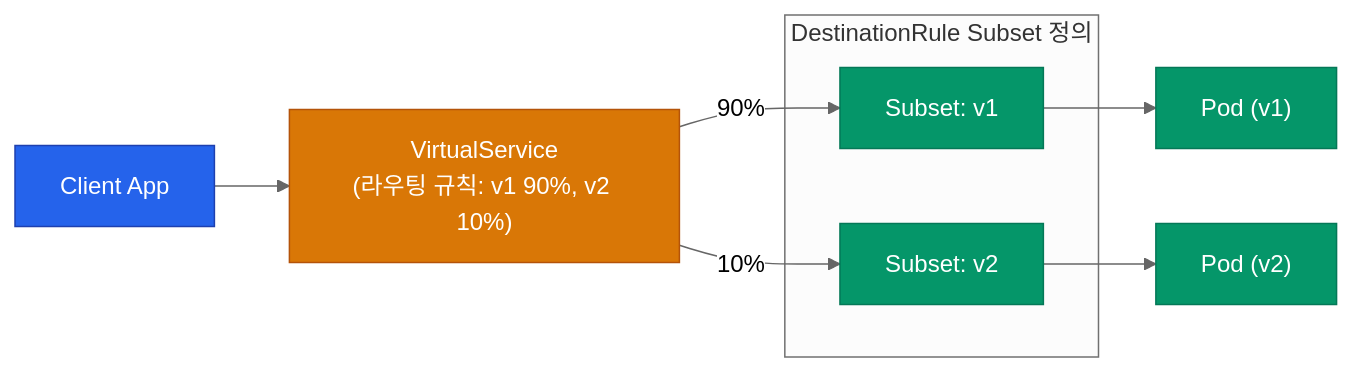
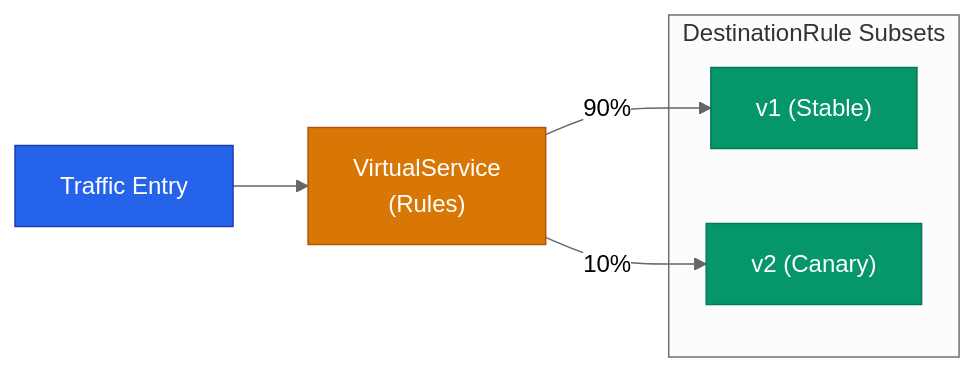
One commit to No1Joon/No1Joon.github.io changed the diagram in _posts/container-orchestration/2026-04-20-service-mesh-02-traffic.md. Above: the diagram before and after it, drawn with Mermaid (neutral theme). The commit also changed other lines of this file and 15 other files, not shown here.

````diff
--- a/_posts/container-orchestration/2026-04-20-service-mesh-02-traffic.md
+++ b/_posts/container-orchestration/2026-04-20-service-mesh-02-traffic.md
@@ -22,23 +18,22 @@
 ```mermaid
 flowchart LR
-    APP["Client App"] --> VS["VirtualService<br/>(라우팅 규칙: v1 90%, v2 10%)"]
+    Ingress["Traffic Entry"]
+    VS["VirtualService<br/>(Rules)"]
     
-    subgraph subset [DestinationRule Subset 정의]
-        S_V1["Subset: v1"]
-        S_V2["Subset: v2"]
+    subgraph DR [DestinationRule Subsets]
+        V1["v1 (Stable)"]
+        V2["v2 (Canary)"]
     end
-    
-    VS -->|"90%"| S_V1
-    VS -->|"10%"| S_V2
-    
-    S_V1 --> POD_V1["Pod (v1)"]
-    S_V2 --> POD_V2["Pod (v2)"]
+
+    Ingress --> VS
+    VS -->|"90%"| V1
+    VS -->|"10%"| V2
 
     classDef primary fill:#2563eb,stroke:#1e40af,color:#ffffff
     classDef success fill:#059669,stroke:#047857,color:#ffffff
     classDef warn fill:#d97706,stroke:#b45309,color:#ffffff
 
-    class APP primary
+    class Ingress primary
     class VS warn
-    class S_V1,S_V2,POD_V1,POD_V2 success
+    class V1,V2 success
 ```
````
